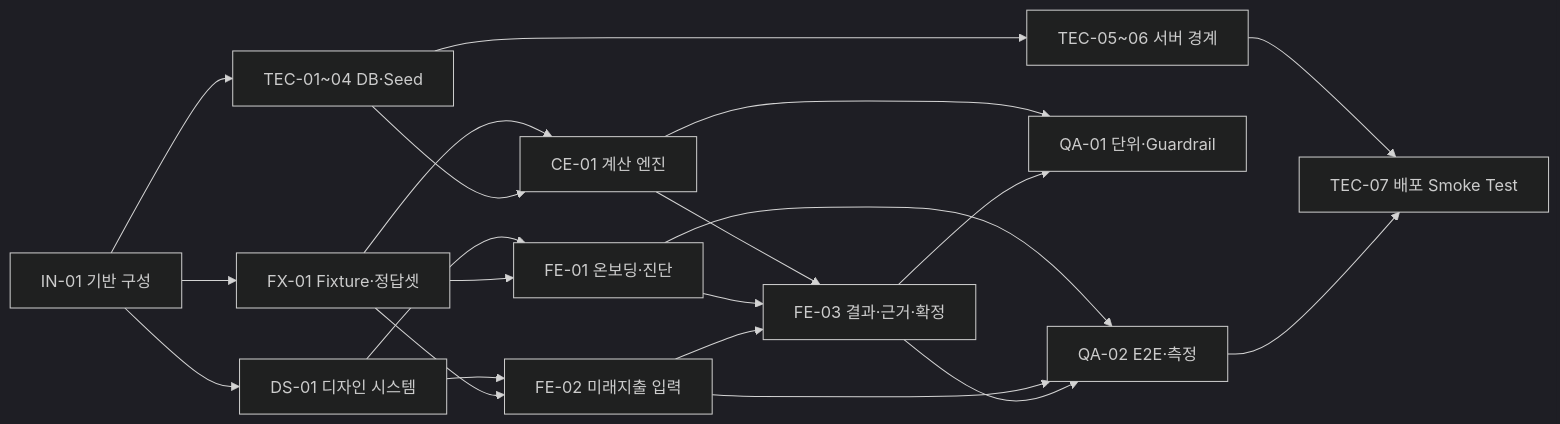
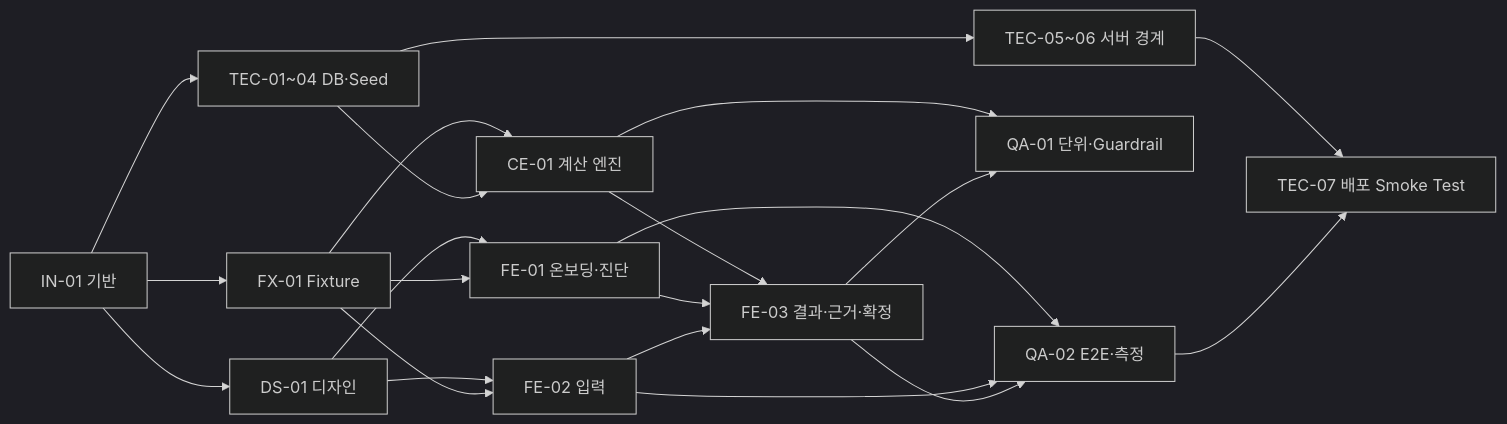
The first of 2 diagrams in docs/tasks/DEPENDENCY_GANTT.md (maybeaj/cardfit), drawn with Mermaid (dark theme) before and after one commit. The commit also changed other lines of this file, not shown here.

Commit message:
docs: parallelize gantt by task owners

````diff
--- a/docs/tasks/DEPENDENCY_GANTT.md
+++ b/docs/tasks/DEPENDENCY_GANTT.md
@@ -14,23 +18,23 @@
 ```mermaid
 flowchart LR
-    IN[IN-01 기반 구성] --> DS[DS-01 디자인 시스템]
-    IN --> FX[FX-01 Fixture·정답셋]
+    IN[IN-01 기반] --> DS[DS-01 디자인]
+    IN --> FX[FX-01 Fixture]
     IN --> TEC1[TEC-01~04 DB·Seed]
     FX --> CE[CE-01 계산 엔진]
     TEC1 --> TEC2[TEC-05~06 서버 경계]
     TEC1 --> CE
     DS --> FE1[FE-01 온보딩·진단]
     FX --> FE1
-    DS --> FE2[FE-02 미래지출 입력]
+    DS --> FE2[FE-02 입력]
     FX --> FE2
     CE --> FE3[FE-03 결과·근거·확정]
     FE1 --> FE3
     FE2 --> FE3
     CE --> QA1[QA-01 단위·Guardrail]
     FE3 --> QA1
     FE1 --> QA2[QA-02 E2E·측정]
     FE2 --> QA2
     FE3 --> QA2
     TEC2 --> TEC7[TEC-07 배포 Smoke Test]
     QA2 --> TEC7
 ```
````
